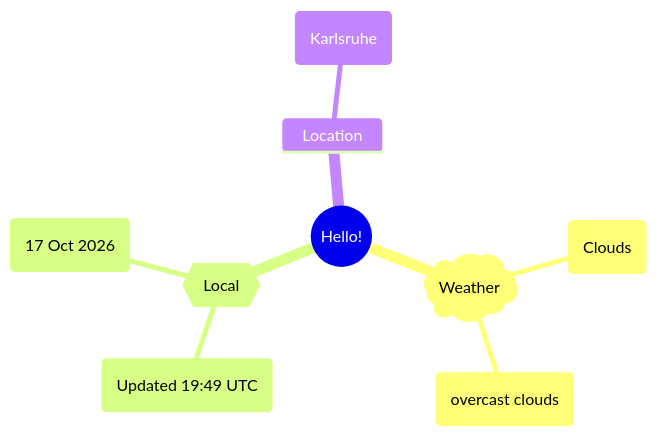
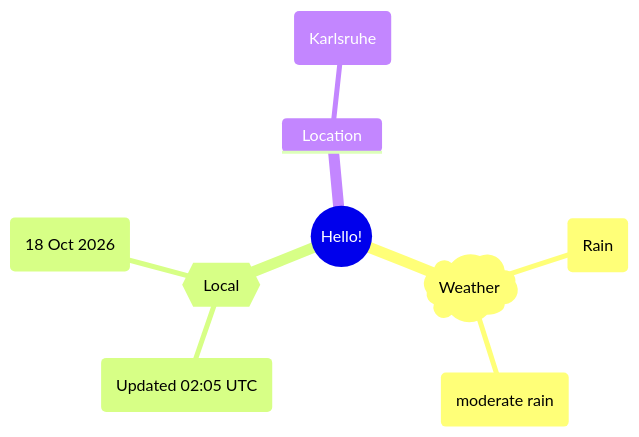
One commit to Xosrov/Xosrov changed the first of 2 diagrams in README.md. Above: the diagram before and after it, drawn with Mermaid.

Commit message:
[bot] updated images

````diff
--- a/README.md
+++ b/README.md
@@ -3,12 +3,12 @@
 ```mermaid
 mindmap
   root((Hello!))
     )Weather(
-        (Clouds)
-        (overcast clouds)
+        (Rain)
+        (moderate rain)
     {{Local}}
-        (Updated 19:49 UTC)
-        (17 Oct 2026)
+        (Updated 02:05 UTC)
+        (18 Oct 2026)
     Location
         (Karlsruhe)
 ```
````
